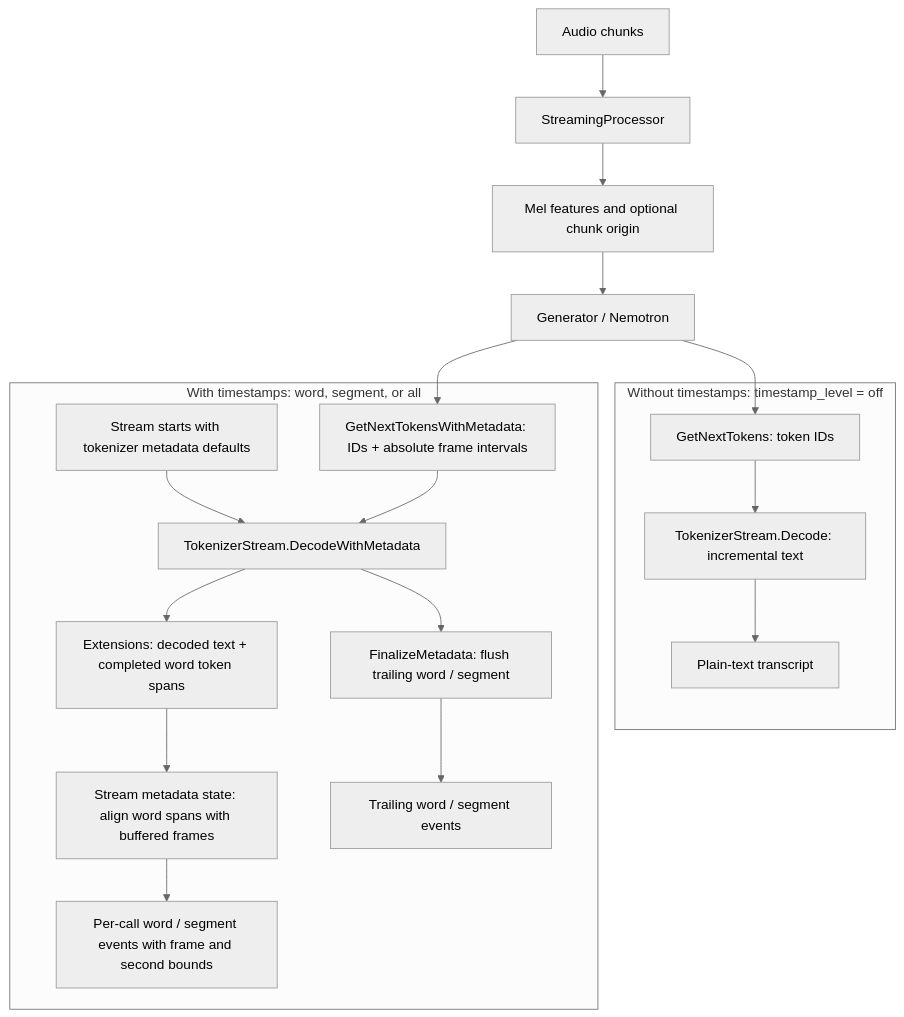
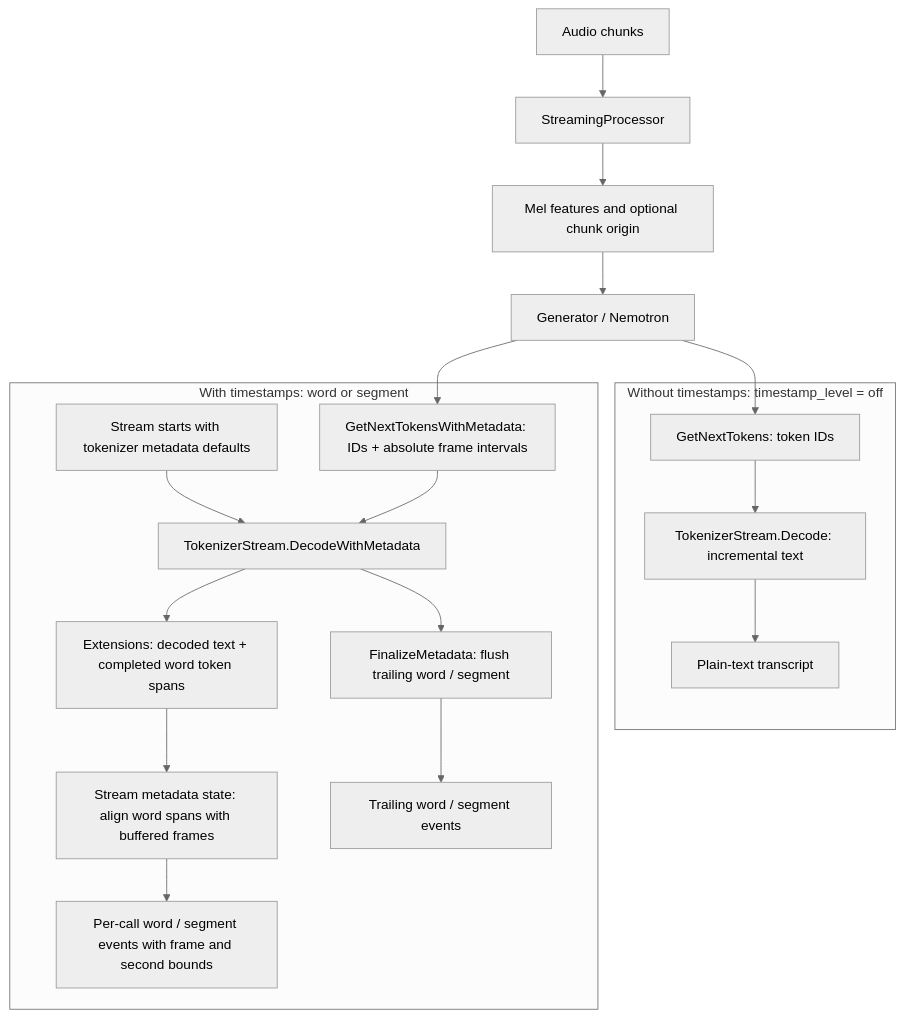
The first of 2 diagrams in docs/nemotron_speech_timestamps.md (microsoft/onnxruntime-genai), drawn with Mermaid (neutral theme) before and after one commit. The commit also changed other lines of this file and 35 other files, not shown here.

````diff
--- a/docs/nemotron_speech_timestamps.md
+++ b/docs/nemotron_speech_timestamps.md
@@ -51,24 +52,24 @@
 ```mermaid
 flowchart TB
   audio[Audio chunks] --> processor[StreamingProcessor]
   processor --> features[Mel features and optional chunk origin]
   features --> generator[Generator / Nemotron]
 
   subgraph plain[Without timestamps: timestamp_level = off]
     ids[GetNextTokens: token IDs] --> decode[TokenizerStream.Decode: incremental text]
     decode --> transcript[Plain-text transcript]
   end
 
-  subgraph timed[With timestamps: word, segment, or all]
+  subgraph timed[With timestamps: word or segment]
     setup[Stream starts with tokenizer metadata defaults] --> stream
     timed_tokens[GetNextTokensWithMetadata: IDs + absolute frame intervals] --> stream[TokenizerStream.DecodeWithMetadata]
     stream --> ortx[Extensions: decoded text + completed word token spans]
     ortx --> align[Stream metadata state: align word spans with buffered frames]
     align --> events[Per-call word / segment events with frame and second bounds]
     stream --> final[FinalizeMetadata: flush trailing word / segment]
     final --> trailing[Trailing word / segment events]
   end
 
   generator --> ids
   generator --> timed_tokens
 ```
````
